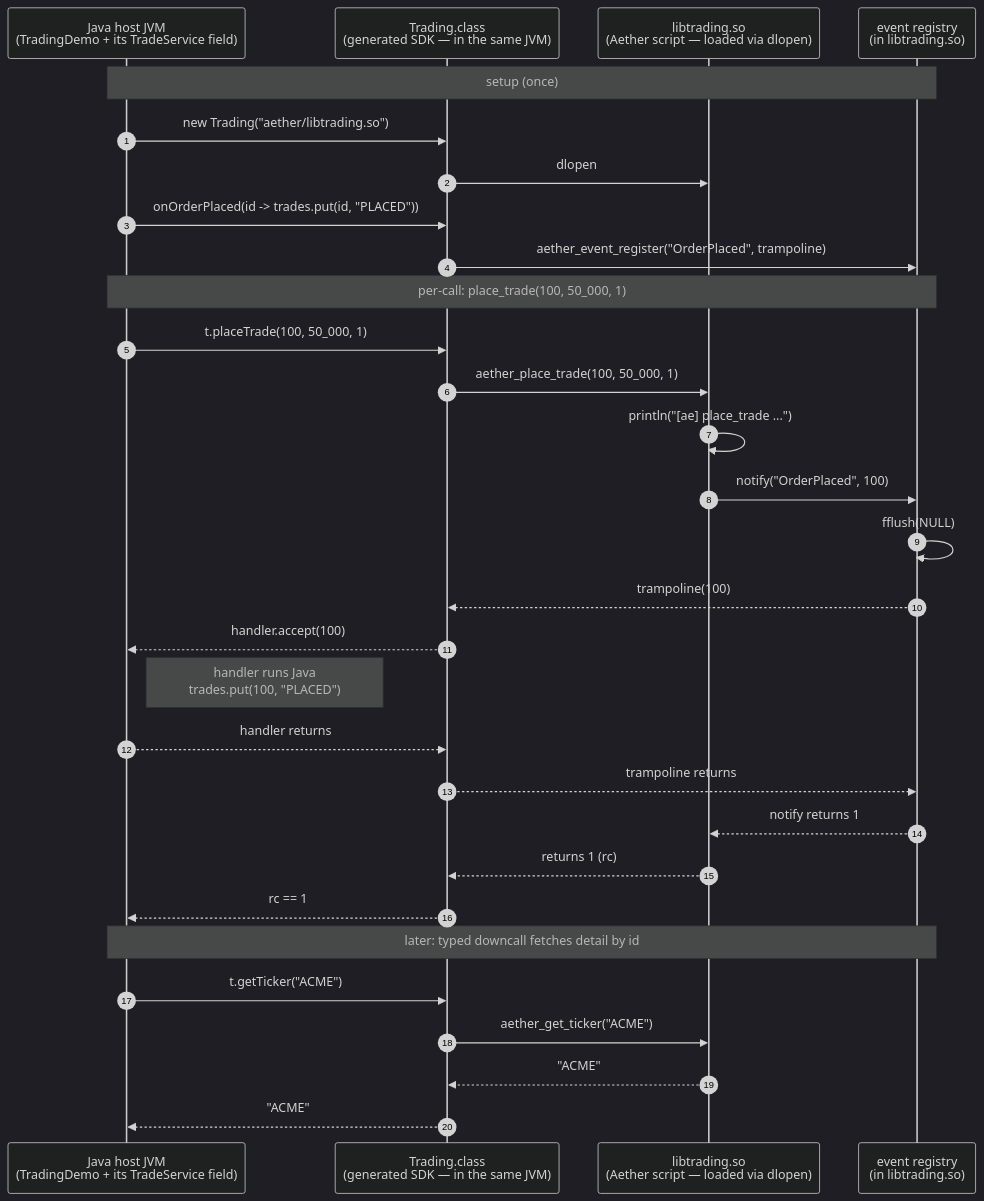
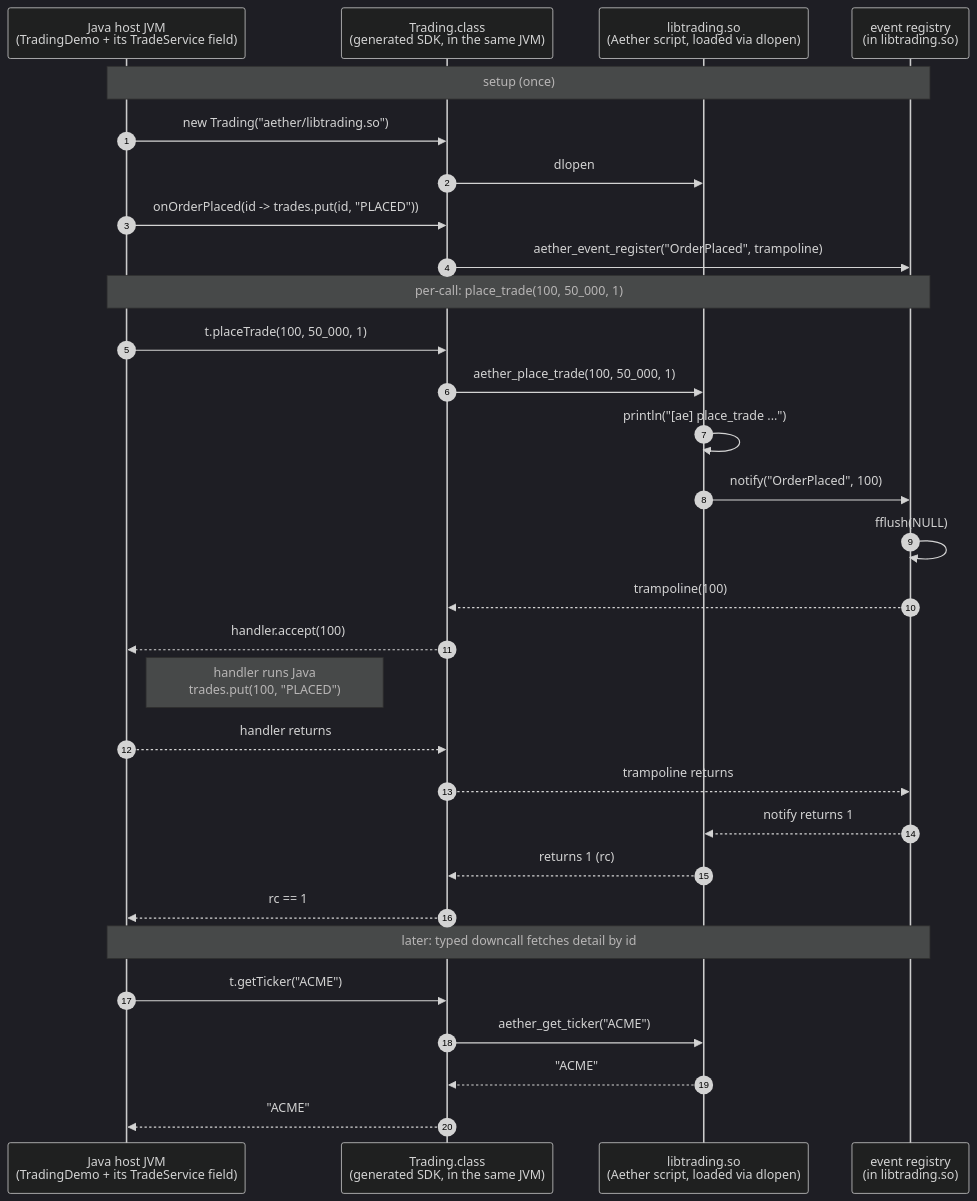
The first of 2 diagrams in docs/embedded-namespaces-and-host-bindings.md (aether-lang-org/aether), drawn with Mermaid (dark theme) before and after one commit. The commit also changed other lines of this file and 65 other files, not shown here.

````diff
--- a/docs/embedded-namespaces-and-host-bindings.md
+++ b/docs/embedded-namespaces-and-host-bindings.md
@@ -382,35 +382,35 @@
 ```mermaid
 sequenceDiagram
     autonumber
     participant Host as Java host JVM<br/>(TradingDemo + its TradeService field)
-    participant SDK as Trading.class<br/>(generated SDK — in the same JVM)
-    participant Lib as libtrading.so<br/>(Aether script — loaded via dlopen)
+    participant SDK as Trading.class<br/>(generated SDK, in the same JVM)
+    participant Lib as libtrading.so<br/>(Aether script, loaded via dlopen)
     participant Reg as event registry<br/>(in libtrading.so)
 
     Note over Host,Reg: setup (once)
     Host->>SDK: new Trading("aether/libtrading.so")
     SDK->>Lib: dlopen
     Host->>SDK: onOrderPlaced(id -> trades.put(id, "PLACED"))
     SDK->>Reg: aether_event_register("OrderPlaced", trampoline)
 
     Note over Host,Reg: per-call: place_trade(100, 50_000, 1)
     Host->>SDK: t.placeTrade(100, 50_000, 1)
     SDK->>Lib: aether_place_trade(100, 50_000, 1)
     Lib->>Lib: println("[ae] place_trade ...")
     Lib->>Reg: notify("OrderPlaced", 100)
     Reg->>Reg: fflush(NULL)
     Reg-->>SDK: trampoline(100)
     SDK-->>Host: handler.accept(100)
     Note right of Host: handler runs Java<br/>trades.put(100, "PLACED")
     Host-->>SDK: handler returns
     SDK-->>Reg: trampoline returns
     Reg-->>Lib: notify returns 1
     Lib-->>SDK: returns 1 (rc)
     SDK-->>Host: rc == 1
 
     Note over Host,Reg: later: typed downcall fetches detail by id
     Host->>SDK: t.getTicker("ACME")
     SDK->>Lib: aether_get_ticker("ACME")
     Lib-->>SDK: "ACME"
     SDK-->>Host: "ACME"
 ```
````
